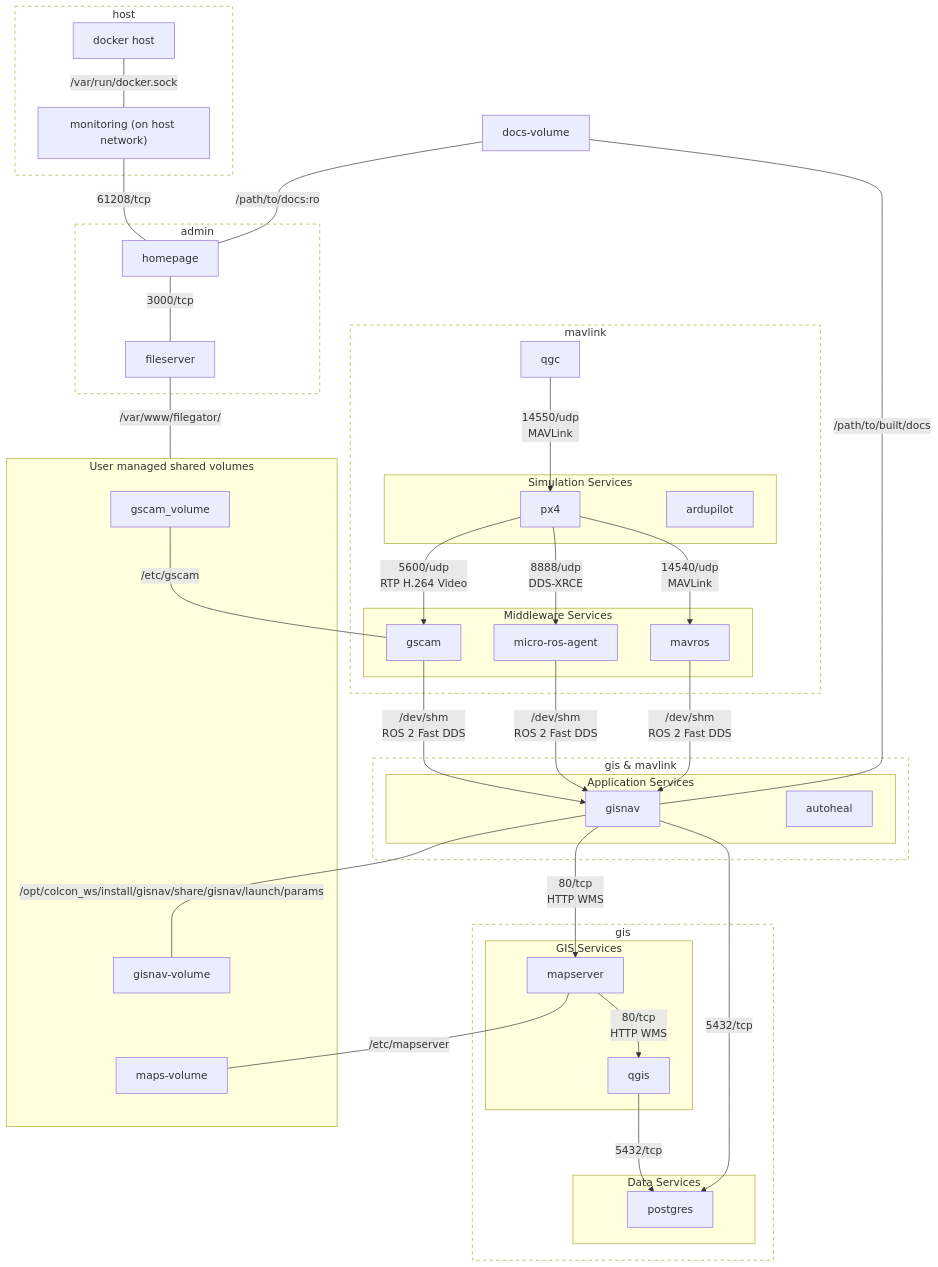
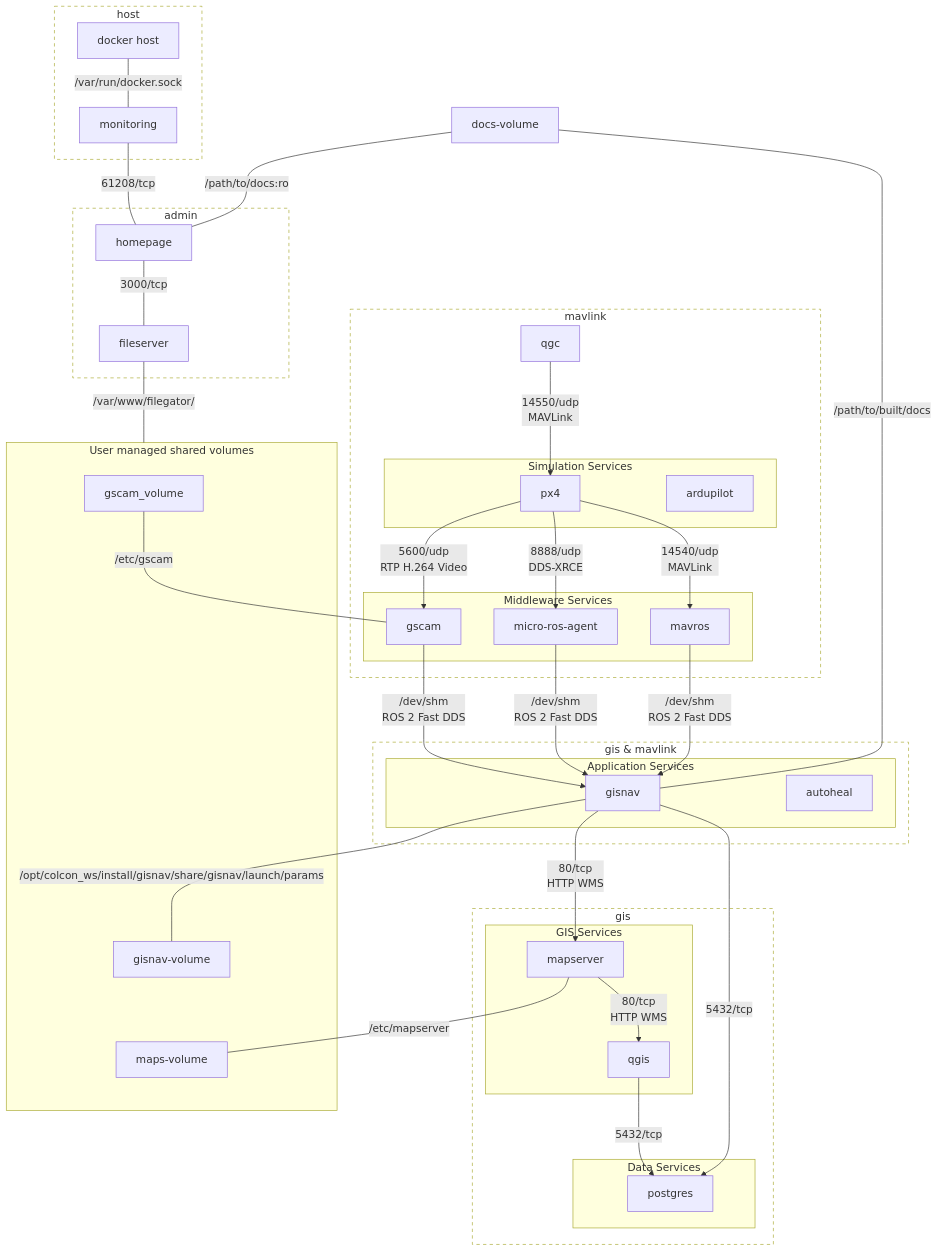
One commit to hmakelin/gisnav changed the diagram in docker/DOCKER.rst. Above: the diagram before and after it, drawn with Mermaid.

Commit message:
Update monitoring service label in diagram for second time [skip ci]

```diff
--- a/docker/DOCKER.rst
+++ b/docker/DOCKER.rst
@@ -34,75 +34,75 @@
 .. mermaid::
 
     graph TD
         subgraph mavlink ["mavlink"]
             mavlink_qgc[qgc]
             subgraph simulation ["Simulation Services"]
                 simulation_px4[px4]
                 simulation_ardupilot[ardupilot]
             end
             subgraph middleware ["Middleware Services"]
                 middleware_mavros[mavros]
                 middleware_micro_ros_agent[micro-ros-agent]
                 middleware_gscam[gscam]
             end
         end
 
         subgraph gis_mavlink ["gis & mavlink"]
             subgraph application ["Application Services"]
                 application_gisnav[gisnav]
                 application_autoheal[autoheal]
             end
         end
         subgraph gis ["gis"]
             subgraph gis_services ["GIS Services"]
                 gis_mapserver[mapserver]
                 gis_qgis[qgis]
             end
             subgraph data_services ["Data Services"]
                 gis_postgres[postgres]
             end
         end
 
         subgraph admin ["admin"]
             homepage[homepage]
             fileserver[fileserver]
         end
 
         subgraph volumes ["User managed shared volumes"]
             gscam_volume[gscam_volume]
             gis_maps_volume[maps-volume]
             application_gisnav_volume[gisnav-volume]
         end
         application_docs_volume[docs-volume]
 
         mavlink_qgc -->|14550/udp\nMAVLink| simulation_px4
         simulation_px4 -->|14540/udp\nMAVLink| middleware_mavros
         simulation_px4 -->|8888/udp\nDDS-XRCE | middleware_micro_ros_agent
         simulation_px4 -->|5600/udp\nRTP H.264 Video| middleware_gscam
         middleware_mavros -->|/dev/shm\nROS 2 Fast DDS| application_gisnav
         middleware_micro_ros_agent -->|/dev/shm\nROS 2 Fast DDS| application_gisnav
         middleware_gscam -->|/dev/shm\nROS 2 Fast DDS| application_gisnav
         application_gisnav -->|5432/tcp| gis_postgres
 
         application_gisnav -->|80/tcp\nHTTP WMS| gis_mapserver
         gis_mapserver -->|80/tcp\nHTTP WMS| gis_qgis
         gis_qgis -->|5432/tcp| gis_postgres
         gis_mapserver ---|/etc/mapserver| gis_maps_volume
         application_gisnav ---|/opt/colcon_ws/install/gisnav/share/gisnav/launch/params| application_gisnav_volume
         application_docs_volume ---|/path/to/built/docs| application_gisnav
         homepage ---|3000/tcp| fileserver
         fileserver ---|"/var/www/filegator/"| volumes
         gscam_volume ---|/etc/gscam| middleware_gscam
 
         application_docs_volume ---|/path/to/docs:ro| homepage
 
         subgraph host ["host"]
-            monitoring["monitoring (on host network)"]
+            monitoring["monitoring"]
             docker_host["docker host"]
         end
 
         monitoring ---|61208/tcp| homepage
         docker_host ---|/var/run/docker.sock| monitoring
 
         classDef network fill:transparent,stroke-dasharray:5 5;
         class mavlink,gis,gis_mavlink,admin,admin_gis,host network
```
